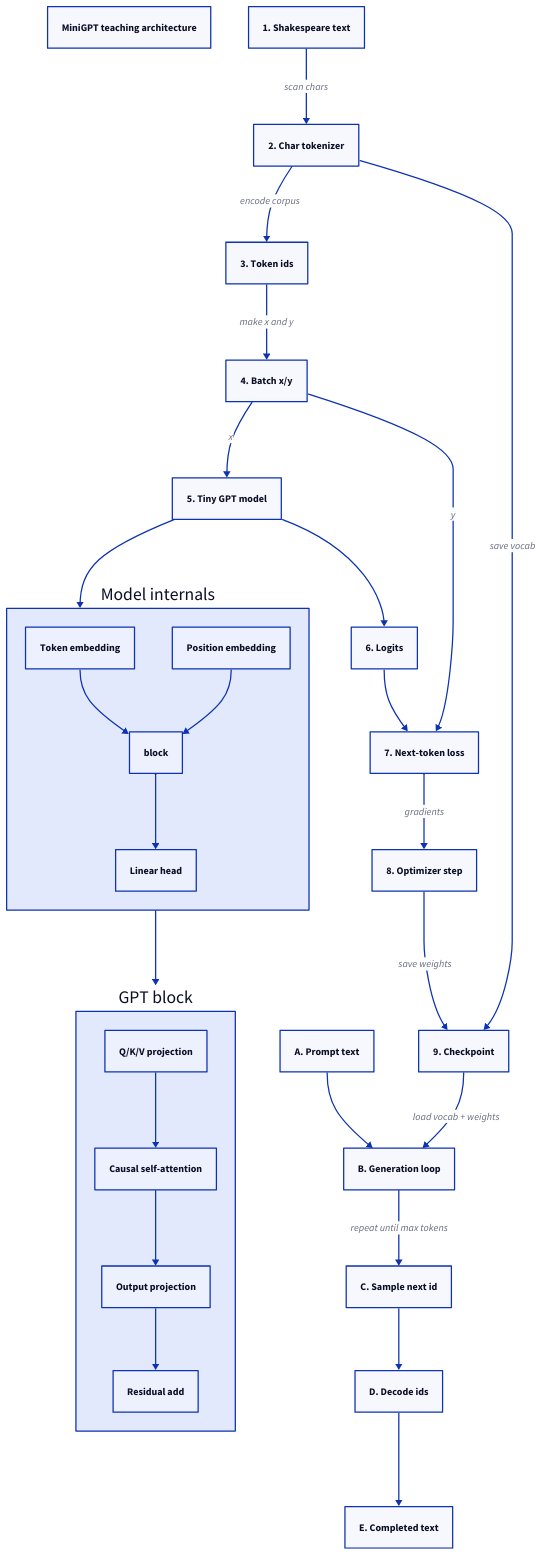
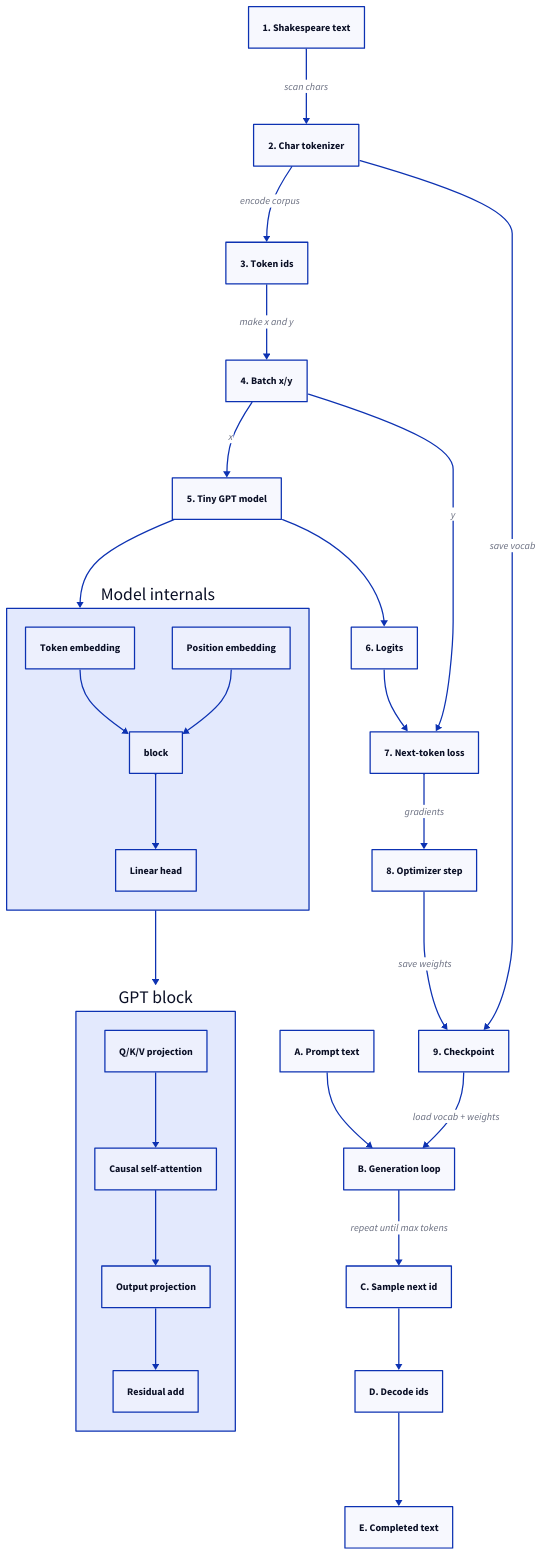
The diagram in docs/minigpt_implementation_flow.d2 (Milky2018/minigpt), drawn with D2 before and after one commit. The commit also changed 25 other files, not shown here.

Commit message:
Clean up MiniGPT APIs

```diff
--- a/docs/minigpt_implementation_flow.d2
+++ b/docs/minigpt_implementation_flow.d2
@@ -1,68 +1,59 @@
-vars: {
-  d2-config: {
-    layout-engine: dagre
-    theme-id: 0
-  }
-}
-
-title: "MiniGPT teaching architecture"
-
 text: "1. Shakespeare text"
 tokenizer: "2. Char tokenizer"
 ids: "3. Token ids"
 batch: "4. Batch x/y"
 model: "5. Tiny GPT model"
 logits: "6. Logits"
 loss: "7. Next-token loss"
 optim: "8. Optimizer step"
 ckpt: "9. Checkpoint"
 
 prompt: "A. Prompt text"
 gen: "B. Generation loop"
 sample: "C. Sample next id"
 decode: "D. Decode ids"
 complete: "E. Completed text"
 
 internals: "Model internals"
 block: "GPT block"
 
 text -> tokenizer: "scan chars"
 tokenizer -> ids: "encode corpus"
 ids -> batch: "make x and y"
 batch -> model: "x"
 model -> logits
 logits -> loss
 batch -> loss: "y"
 loss -> optim: "gradients"
 optim -> ckpt: "save weights"
 tokenizer -> ckpt: "save vocab"
 
 prompt -> gen
 ckpt -> gen: "load vocab + weights"
 gen -> sample: "repeat until max tokens"
 sample -> decode
 decode -> complete
 
 model -> internals
 internals -> block
 
 internals: {
   embed: "Token embedding"
   pos: "Position embedding"
   head: "Linear head"
 
   embed -> block
   pos -> block
   block -> head
 }
 
 block: {
   qkv: "Q/K/V projection"
   attn: "Causal self-attention"
   proj: "Output projection"
   resid: "Residual add"
 
   qkv -> attn
   attn -> proj
   proj -> resid
 }
```
